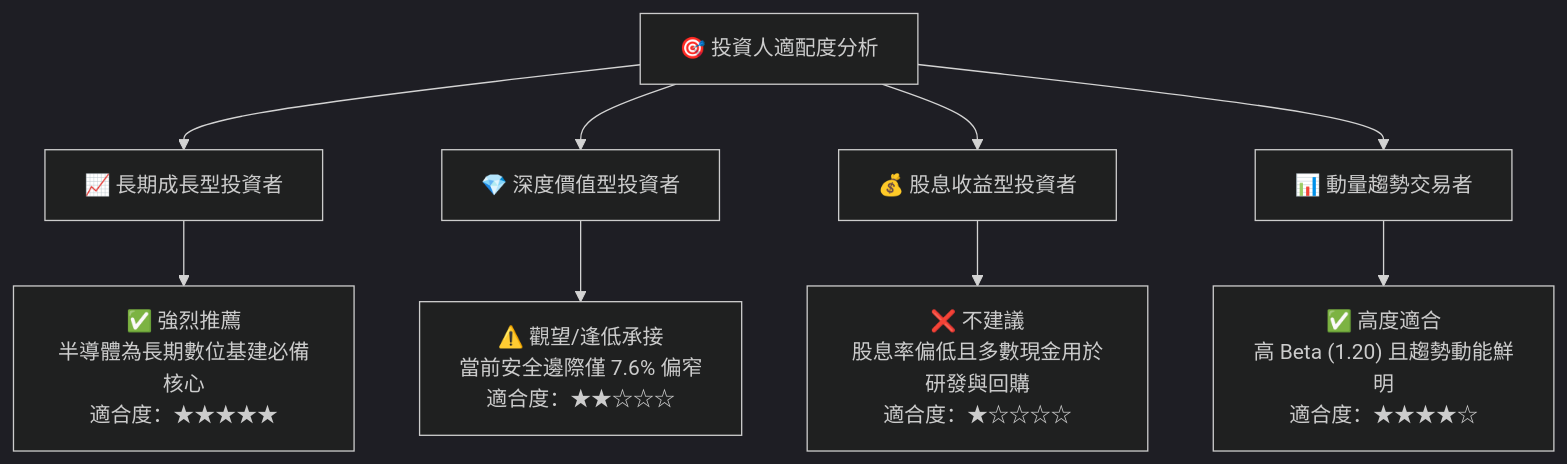
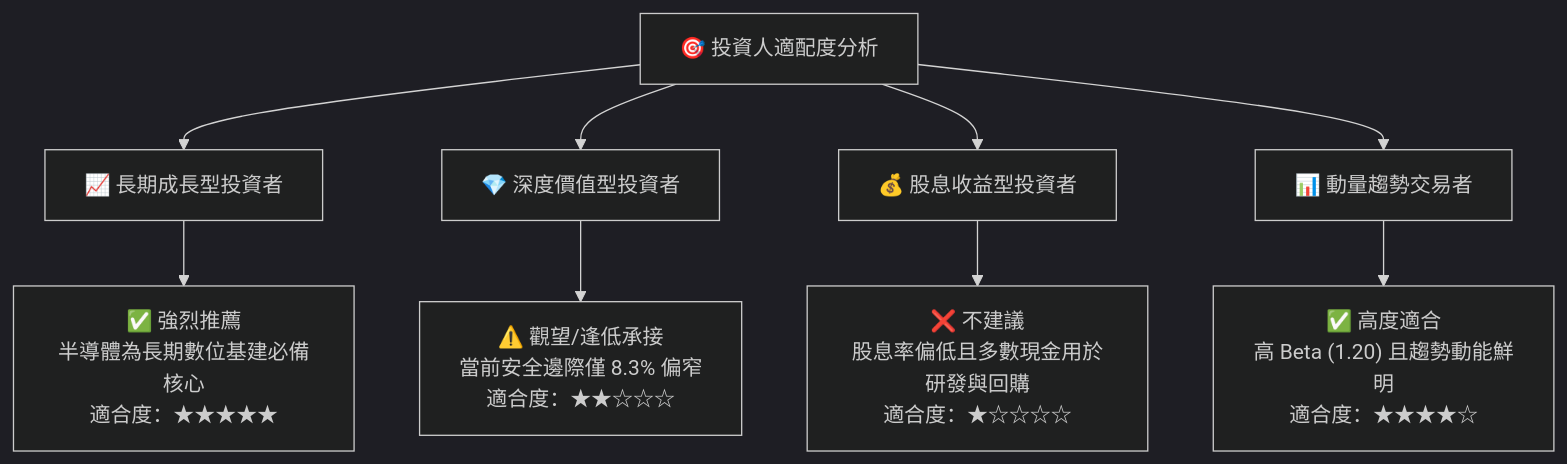
Before and after one commit to yennanliu/finance_data: diagram 15 of 15 in ai_gen_report/fundamental/soxx/fundamental_analysis_2026-10-22_gemini.md, drawn with Mermaid (dark theme). The commit also changed other lines of this file and 339 other files, not shown here.

````diff
--- a/ai_gen_report/fundamental/soxx/fundamental_analysis_2026-10-22_gemini.md
+++ b/ai_gen_report/fundamental/soxx/fundamental_analysis_2026-10-22_gemini.md
@@ -1052,14 +1067,14 @@
 ```mermaid
 graph TD
     INV["🎯 投資人適配度分析"]
 
     INV --> G["📈 長期成長型投資者"]
     INV --> V["💎 深度價值型投資者"]
     INV --> D["💰 股息收益型投資者"]
     INV --> T["📊 動量趨勢交易者"]
 
     G --> G1["✅ 強烈推薦<br/>半導體為長期數位基建必備核心<br/>適合度：★★★★★"]
-    V --> V1["⚠️ 觀望/逢低承接<br/>當前安全邊際僅 7.6% 偏窄<br/>適合度：★★☆☆☆"]
+    V --> V1["⚠️ 觀望/逢低承接<br/>當前安全邊際僅 8.3% 偏窄<br/>適合度：★★☆☆☆"]
     D --> D1["❌ 不建議<br/>股息率偏低且多數現金用於研發與回購<br/>適合度：★☆☆☆☆"]
     T --> T1["✅ 高度適合<br/>高 Beta (1.20) 且趨勢動能鮮明<br/>適合度：★★★★☆"]
 ```
````
